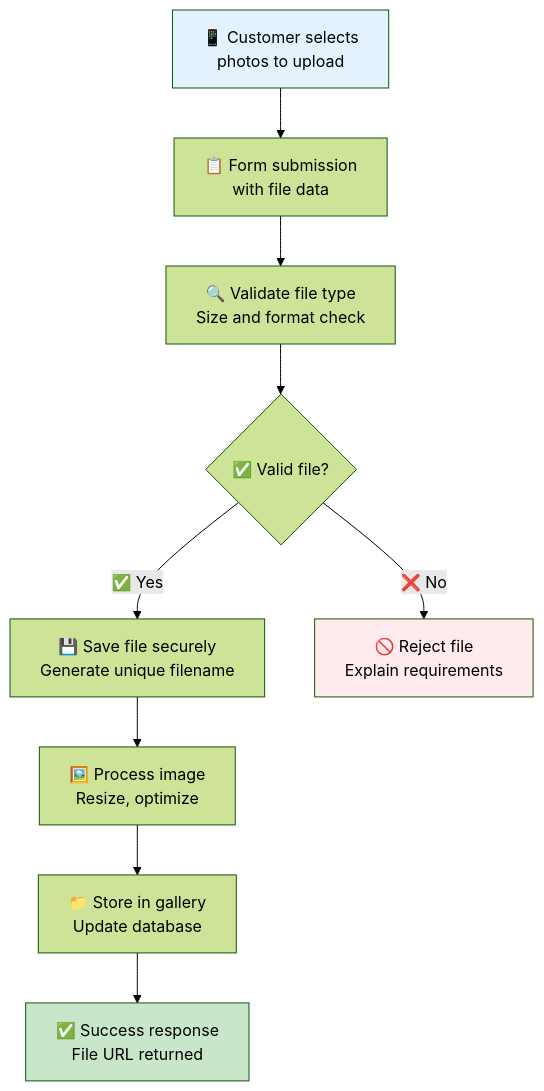
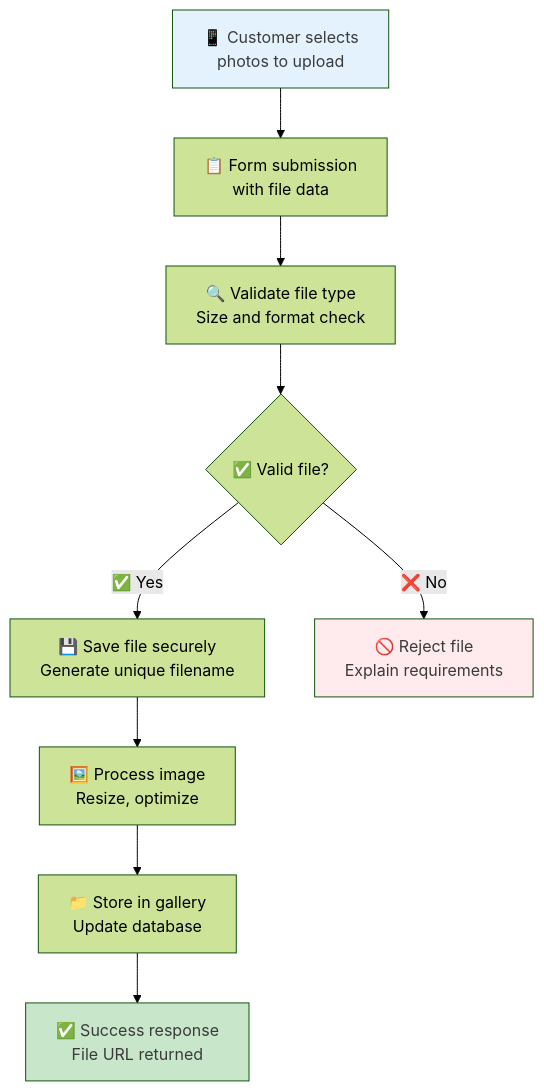
One commit to ridwanspace/restful-fastapi-guideline changed the fifth of 6 diagrams in app/docs/02_foundation/02-request-handling/page.mdx. Above: the diagram before and after it, drawn with Mermaid (forest theme). The commit also changed other lines of this file and 8 other files, not shown here.

First line of the commit message:
📝 docs(docs): enhance graph diagrams in foundation docs

````diff
--- a/app/docs/02_foundation/02-request-handling/page.mdx
+++ b/app/docs/02_foundation/02-request-handling/page.mdx
@@ -1236,17 +1236,17 @@
 ```mermaid
 graph TD
     A[📱 Customer selects<br/>photos to upload] --> B[📋 Form submission<br/>with file data]
     B --> C[🔍 Validate file type<br/>Size and format check]
     C --> D{✅ Valid file?}
     
     D -->|✅ Yes| E[💾 Save file securely<br/>Generate unique filename]
     D -->|❌ No| F[🚫 Reject file<br/>Explain requirements]
     
     E --> G[🖼️ Process image<br/>Resize, optimize]
     G --> H[📁 Store in gallery<br/>Update database]
     H --> I[✅ Success response<br/>File URL returned]
     
-    style A fill:#e3f2fd
-    style I fill:#c8e6c9
-    style F fill:#ffebee
+    style A fill:#e3f2fd,color:#3b3b3b
+    style I fill:#c8e6c9,color:#3b3b3b
+    style F fill:#ffebee,color:#3b3b3b
 ```
````
